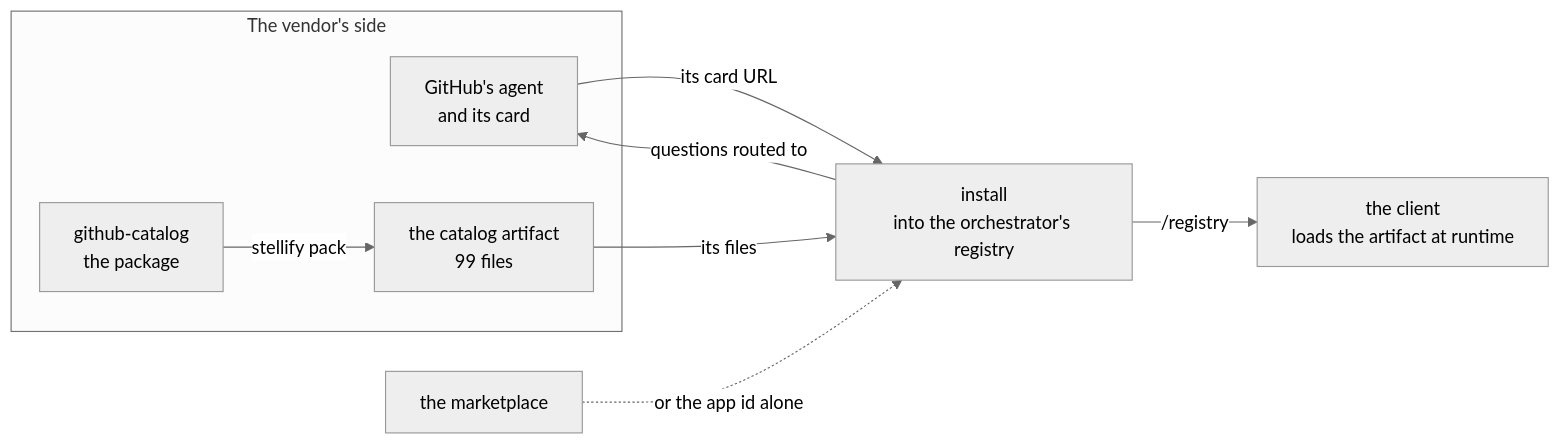
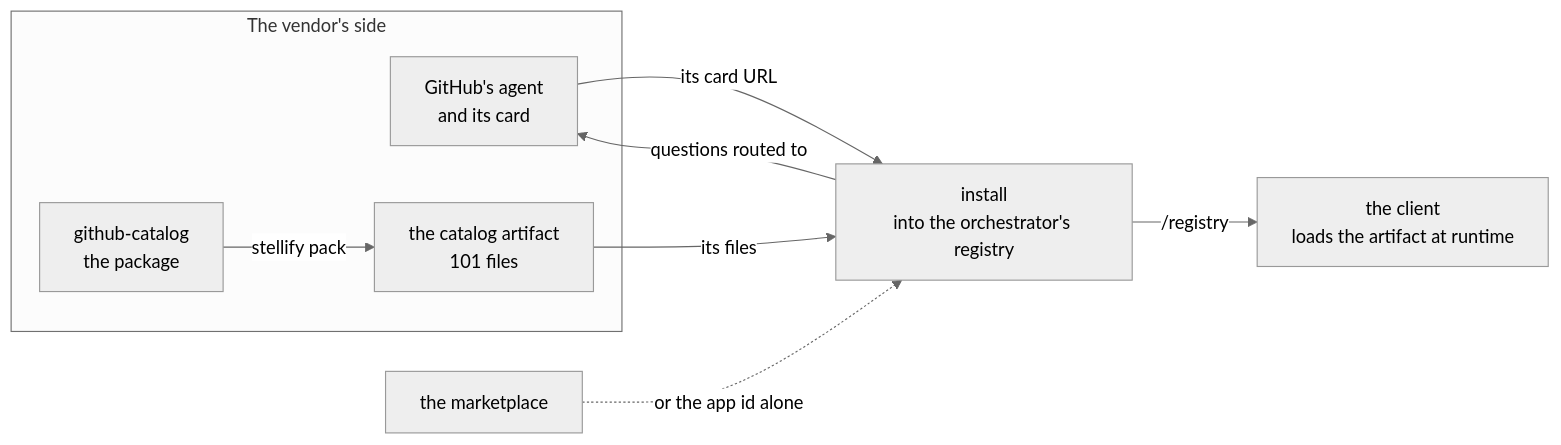
One commit to retz8/a2uiverse changed the first of 3 diagrams in docs/design/app-install.md. Above: the diagram before and after it, drawn with Mermaid (neutral theme). The commit also changed other lines of this file and 15 other files, not shown here.

````diff
--- a/docs/design/app-install.md
+++ b/docs/design/app-install.md
@@ -23,12 +23,12 @@
 ```mermaid
 flowchart LR
     subgraph vendor["The vendor's side"]
         A["GitHub's agent<br/>and its card"]
-        P["github-catalog<br/>the package"] -->|"stellify pack"| ART["the catalog artifact<br/>99 files"]
+        P["github-catalog<br/>the package"] -->|"stellify pack"| ART["the catalog artifact<br/>101 files"]
     end
     A -->|"its card URL"| INS["install<br/>into the orchestrator's registry"]
     ART -->|"its files"| INS
     MK["the marketplace"] -.->|"or the app id alone"| INS
     INS -->|"questions routed to"| A
     INS -->|"/registry"| C["the client<br/>loads the artifact at runtime"]
 ```
````
